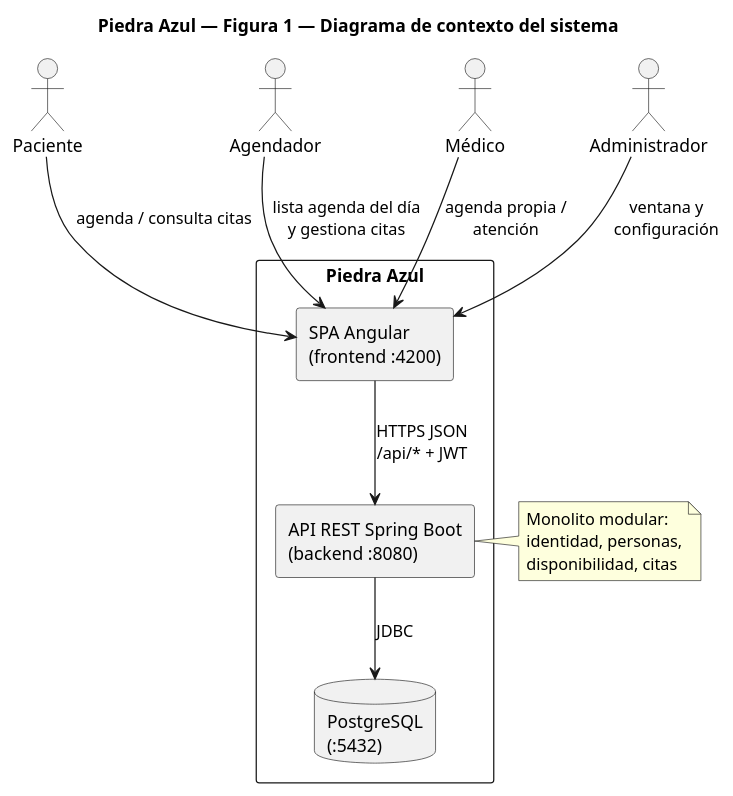
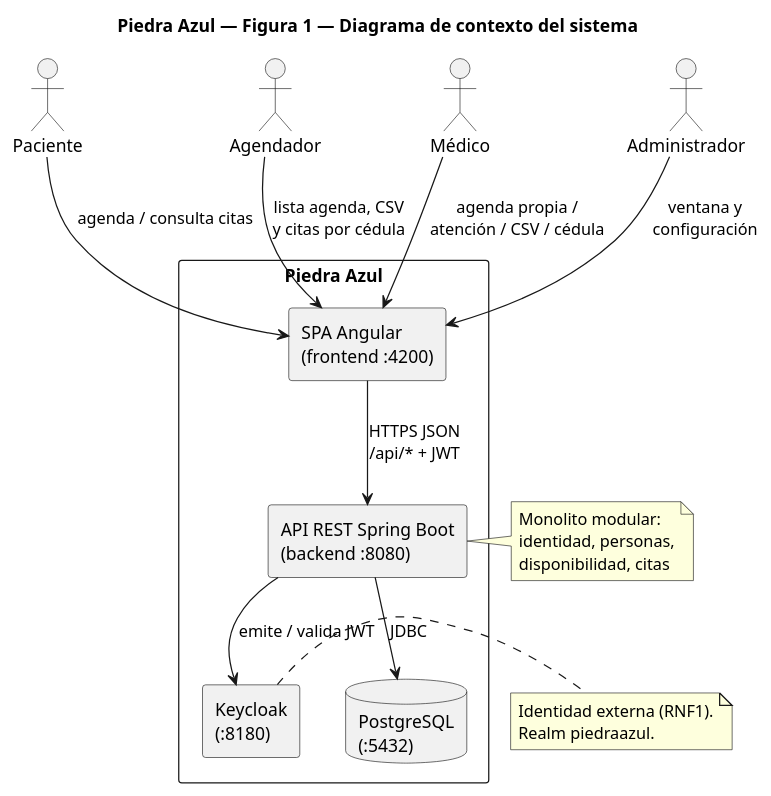
One commit to jaimecharfuelan-pixel/Piedra-Azul changed the diagram in diagramas-sad/01-contexto-sistema.puml. Above: the diagram before and after it, drawn with PlantUML. The commit also changed 8 other files, not shown here.

Commit message:
Diagramas SAD actualizados y añadidos

```diff
--- a/diagramas-sad/01-contexto-sistema.puml
+++ b/diagramas-sad/01-contexto-sistema.puml
@@ -1,33 +1,40 @@
 @startuml 01-contexto-sistema
 title Piedra Azul — Figura 1 — Diagrama de contexto del sistema
 skinparam backgroundColor white
 skinparam shadowing false
 skinparam defaultFontName Arial
 skinparam componentStyle rectangle
 
 actor "Paciente" as Pac
 actor "Agendador" as Age
 actor "Médico" as Med
 actor "Administrador" as Adm
 
 rectangle "Piedra Azul" {
   component "SPA Angular\n(frontend :4200)" as FE
   component "API REST Spring Boot\n(backend :8080)" as BE
+  component "Keycloak\n(:8180)" as KC
   database "PostgreSQL\n(:5432)" as DB
 }
 
 Pac --> FE : agenda / consulta citas
-Age --> FE : lista agenda del día\ny gestiona citas
-Med --> FE : agenda propia /\natención
+Age --> FE : lista agenda, CSV\ny citas por cédula
+Med --> FE : agenda propia /\natención / CSV / cédula
 Adm --> FE : ventana y\nconfiguración
 
 FE --> BE : HTTPS JSON\n/api/* + JWT
+BE --> KC : emite / valida JWT
 BE --> DB : JDBC
 
 note right of BE
   Monolito modular:
   identidad, personas,
   disponibilidad, citas
 end note
 
+note right of KC
+  Identidad externa (RNF1).
+  Realm piedraazul.
+end note
+
 @enduml
```
